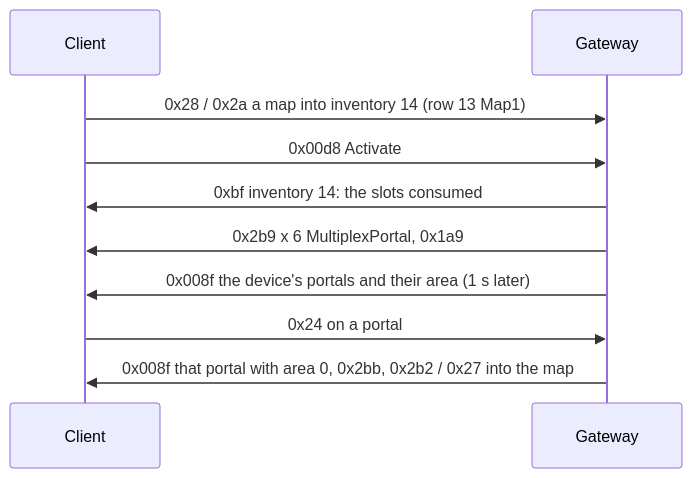
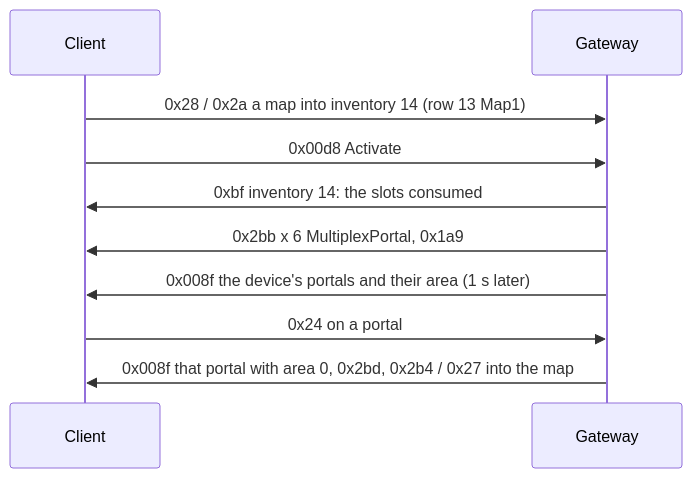
Before and after one commit to LocalExile/LocalExile: the second of 2 diagrams in Agents/docs/protocol/21-hideouts.md, drawn with Mermaid. The commit also changed other lines of this file and 135 other files, not shown here.

````diff
--- a/Agents/docs/protocol/21-hideouts.md
+++ b/Agents/docs/protocol/21-hideouts.md
@@ -160,12 +160,12 @@
 ```mermaid
 sequenceDiagram
     participant C as Client
     participant G as Gateway
     C->>G: 0x28 / 0x2a a map into inventory 14 (row 13 Map1)
     C->>G: 0x00d8 Activate
     G->>C: 0xbf inventory 14: the slots consumed
-    G->>C: 0x2b9 x 6 MultiplexPortal, 0x1a9
+    G->>C: 0x2bb x 6 MultiplexPortal, 0x1a9
     G->>C: 0x008f the device's portals and their area (1 s later)
     C->>G: 0x24 on a portal
-    G->>C: 0x008f that portal with area 0, 0x2bb, 0x2b2 / 0x27 into the map
+    G->>C: 0x008f that portal with area 0, 0x2bd, 0x2b4 / 0x27 into the map
 ```
````
